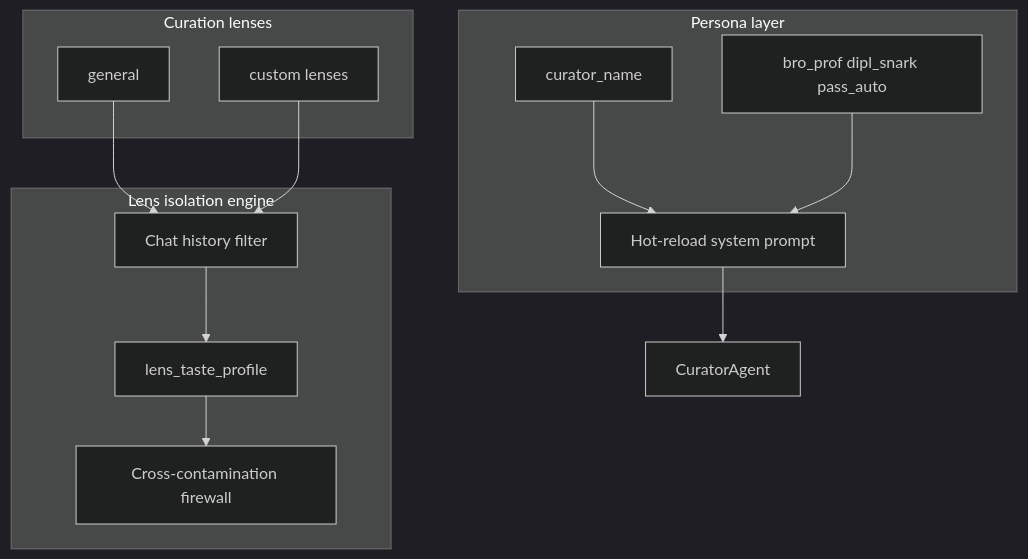
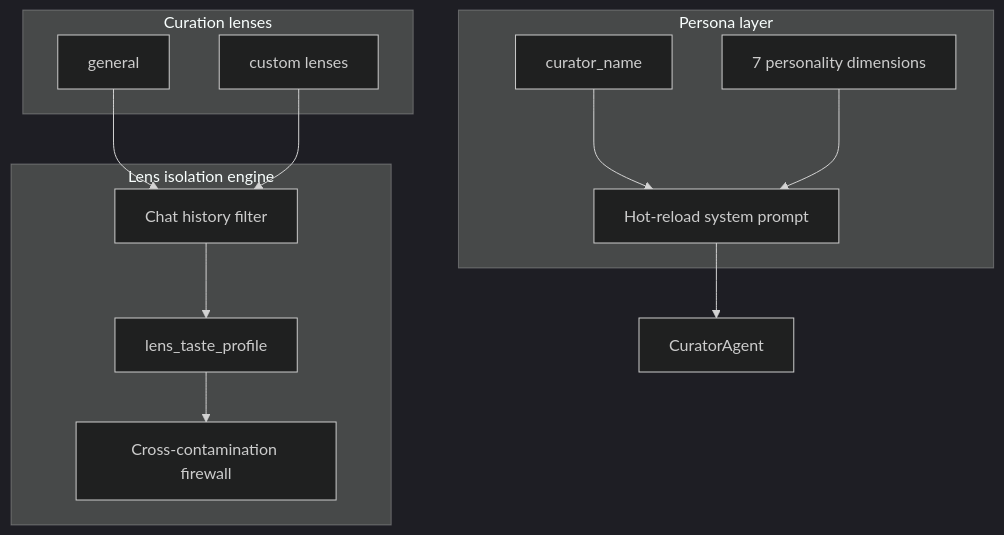
One commit to romwil/curatorx changed the first of 5 diagrams in docs/ARCHITECTURE.md. Above: the diagram before and after it, drawn with Mermaid (dark theme). The commit also changed other lines of this file and 20 other files, not shown here.

First line of the commit message:
docs: sync DESIGN, ARCHITECTURE, README and related docs with 1.7.x

````diff
--- a/docs/ARCHITECTURE.md
+++ b/docs/ARCHITECTURE.md
@@ -35,27 +35,27 @@
 ```mermaid
 flowchart TB
     subgraph lenses [Curation lenses]
         General[general]
         Custom[custom lenses]
     end
 
     subgraph isolation [Lens isolation engine]
         ChatScope[Chat history filter]
         TasteWall[lens_taste_profile]
         TelemetryFW[Cross-contamination firewall]
     end
 
     subgraph persona [Persona layer]
         Name[curator_name]
-        Sliders[bro_prof dipl_snark pass_auto]
+        Sliders[7 personality dimensions]
         Prompt[Hot-reload system prompt]
     end
 
     General --> ChatScope
     Custom --> ChatScope
     ChatScope --> TasteWall
     TasteWall --> TelemetryFW
     Name --> Prompt
     Sliders --> Prompt
     Prompt --> Agent[CuratorAgent]
 ```
````
